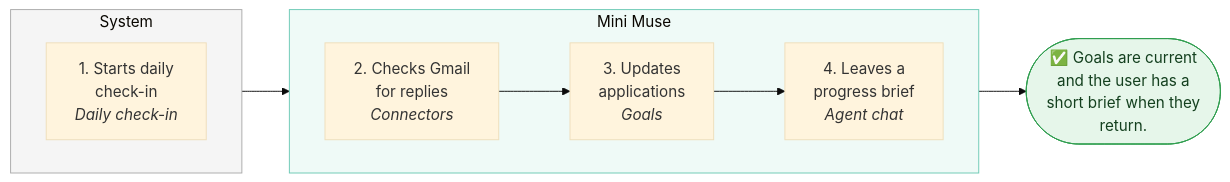
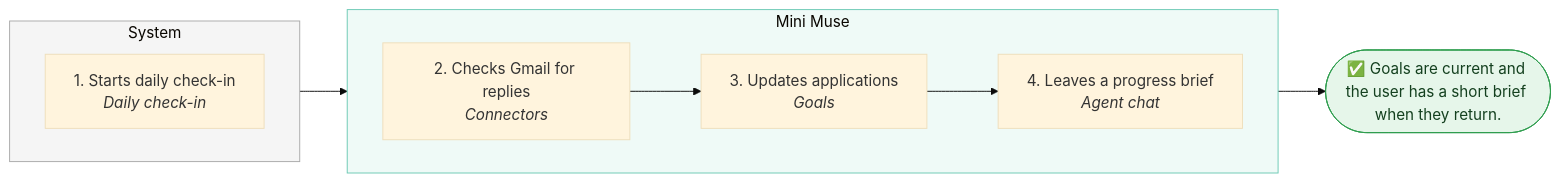
One commit to lngsa1234/mini-muse-mvp changed the third of 6 diagrams in docs/product/baseline.md. Above: the diagram before and after it, drawn with Mermaid (base theme). The commit also changed other lines of this file, not shown here.

First line of the commit message:
docs: product baseline diagrams back to one-line labels (AgentForge plugin 0.4.4)

````diff
--- a/docs/product/baseline.md
+++ b/docs/product/baseline.md
@@ -151,23 +151,23 @@
 ```mermaid
 flowchart LR
   subgraph agent_lane["Mini Muse"]
     direction LR
-    s2["2. Checks Gmail<br/>for replies<br/><i>Connectors</i>"]
-    s3["3. Updates<br/>applications<br/><i>Goals</i>"]
-    s4["4. Leaves a<br/>progress brief<br/><i>Agent chat</i>"]
+    s2["2. Checks Gmail for replies<br/><i>Connectors</i>"]
+    s3["3. Updates applications<br/><i>Goals</i>"]
+    s4["4. Leaves a progress brief<br/><i>Agent chat</i>"]
   end
   subgraph system_lane["System"]
     direction LR
-    s1["1. Starts daily<br/>check-in<br/><i>Daily check-in</i>"]
+    s1["1. Starts daily check-in<br/><i>Daily check-in</i>"]
   end
   s1 --> s2
   s2 --> s3
   s3 --> s4
-  done(["✅ Goals are current<br/>and the user has a<br/>short brief when they<br/>return."])
+  done(["✅ Goals are current and the user has a short brief when they return."])
   s4 --> done
   classDef approval fill:#fff4e0,stroke:#d18a1f,color:#5c3a00
   classDef outcome fill:#e6f6ea,stroke:#2f9e4f,color:#14401f
   style agent_lane fill:#effaf7,stroke:#6cc9b4
   style system_lane fill:#f5f5f5,stroke:#aaa
   class done outcome
 ```
````
